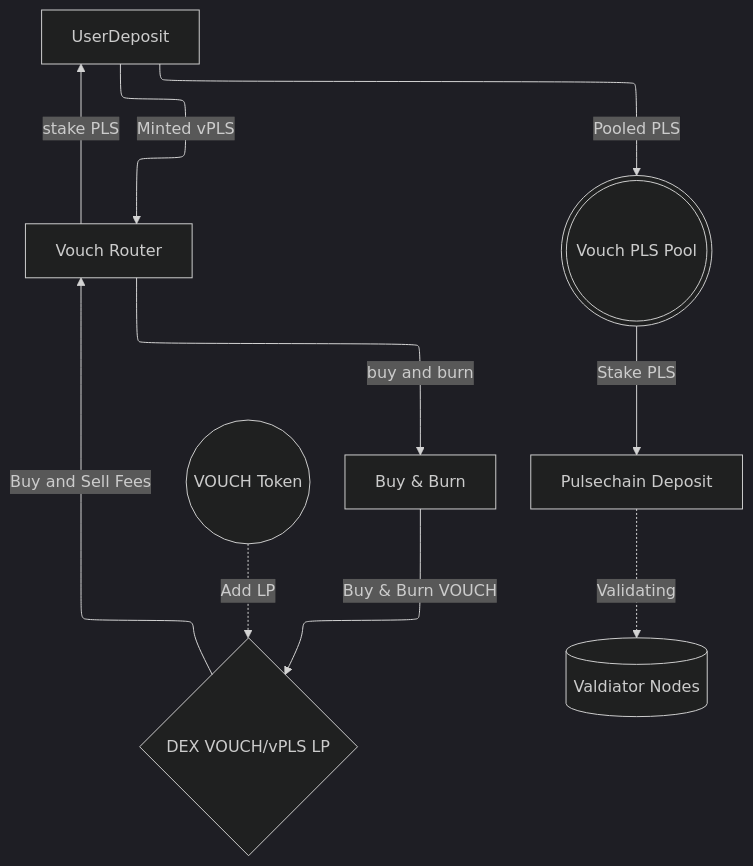
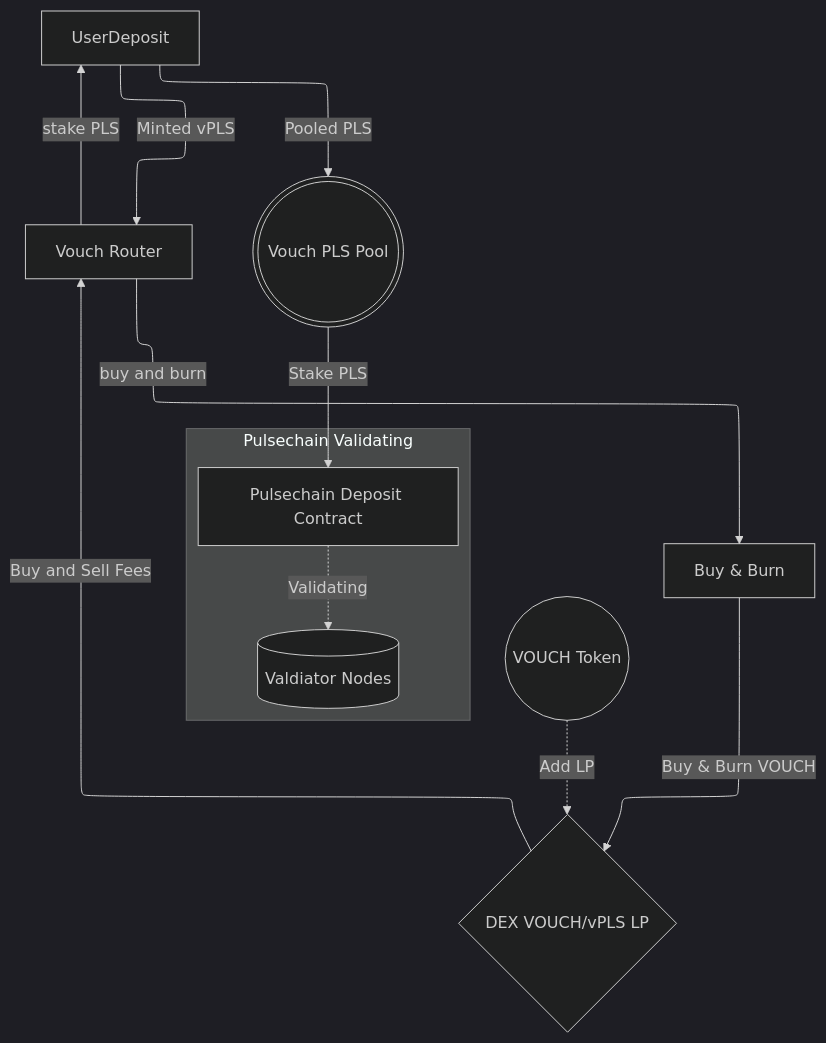
The diagram in docs/governance/vouch_token.md (ravirasadiya/docs), drawn with Mermaid before and after one commit. The commit also changed other lines of this file and 3 other files, not shown here.

````diff
--- a/docs/governance/vouch_token.md
+++ b/docs/governance/vouch_token.md
@@ -7,33 +7,37 @@
 ```mermaid
 ---
 config:
- layout: elk
- look: classic 
- theme: dark
+  layout: elk
+  look: classic 
+  theme: dark
 ---
-flowchart TB
+
+flowchart TD
   
   VT(("`VOUCH Token`")) 
   DEX{"`DEX VOUCH/vPLS LP`"} 
   VR["`Vouch Router`"]
   UD["`UserDeposit`"]
   BnB["`Buy & Burn`"]
-  PD["`Pulsechain Deposit`"]
+  PD["`Pulsechain Deposit Contract`"]
   Pool((("`Vouch PLS Pool`")))
   Vals[("`Valdiator Nodes`")] 
 
   VT -. Add LP .-> DEX
   DEX -- "Buy and Sell Fees" --> VR 
   VR -- "stake PLS" --> UD
   UD -- "Minted vPLS" --> VR
   UD -- "Pooled PLS" --> Pool -- "Stake PLS" -->PD
   VR -- "buy and burn" --> BnB
   BnB -- "Buy & Burn VOUCH" --> DEX
-  PD -. Validating .-> Vals
-
+  subgraph Pulsechain Validating
+   direction LR
+   PD -. Validating .-> Vals
+  end
+  
   
   
   
 %%   style DEX2 stroke:#000000,fill:#E1F0D4 
 %%   style VR2 stroke:#000000,fill:#C3EFE0 
 ```
````
